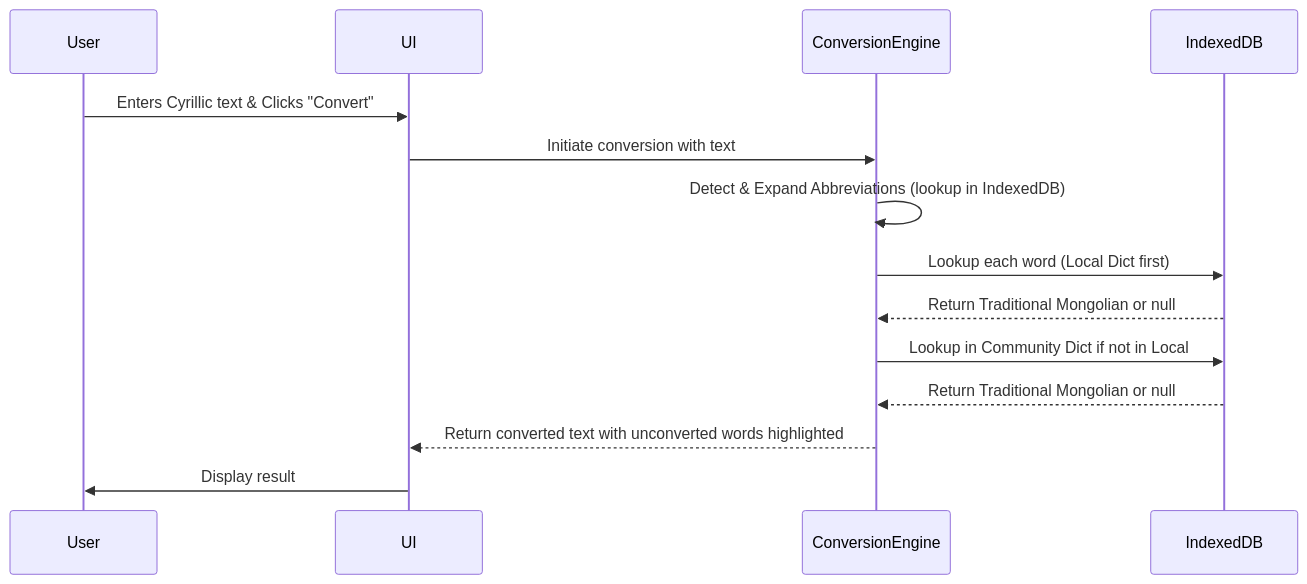
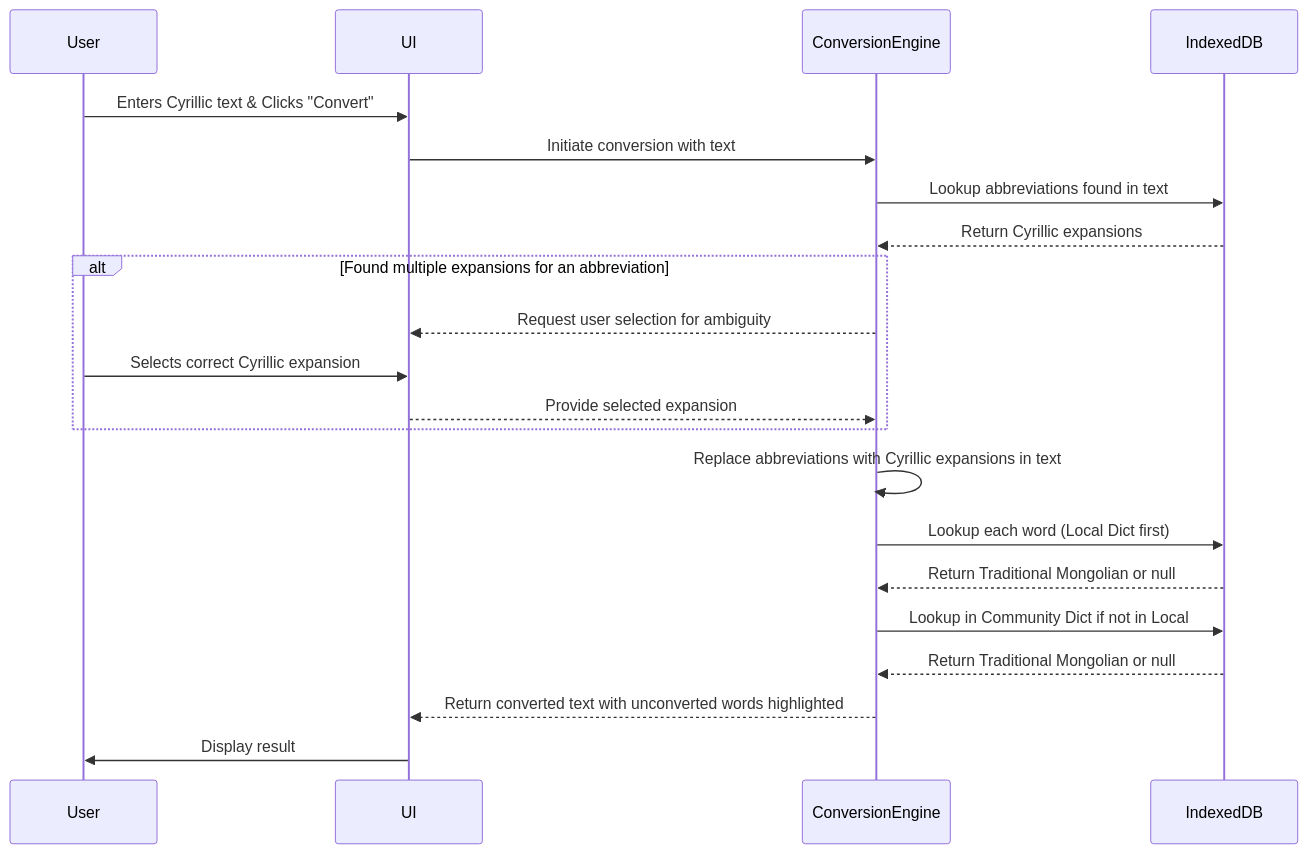
One commit to suragch/cyrillicconverter changed the second of 3 diagrams in .ai-context/01_TECHNICAL_SPEC.md. Above: the diagram before and after it, drawn with Mermaid. The commit also changed other lines of this file and 8 other files, not shown here.

````diff
--- a/.ai-context/01_TECHNICAL_SPEC.md
+++ b/.ai-context/01_TECHNICAL_SPEC.md
@@ -61,17 +61,24 @@
 ```mermaid
 sequenceDiagram
     participant User
     participant UI
     participant ConversionEngine
     participant IndexedDB
 
     User->>UI: Enters Cyrillic text & Clicks "Convert"
     UI->>ConversionEngine: Initiate conversion with text
-    ConversionEngine->>ConversionEngine: Detect & Expand Abbreviations (lookup in IndexedDB)
+    ConversionEngine->>IndexedDB: Lookup abbreviations found in text
+    IndexedDB-->>ConversionEngine: Return Cyrillic expansions
+    alt Found multiple expansions for an abbreviation
+        ConversionEngine-->>UI: Request user selection for ambiguity
+        User->>UI: Selects correct Cyrillic expansion
+        UI-->>ConversionEngine: Provide selected expansion
+    end
+    ConversionEngine->>ConversionEngine: Replace abbreviations with Cyrillic expansions in text
     ConversionEngine->>IndexedDB: Lookup each word (Local Dict first)
     IndexedDB-->>ConversionEngine: Return Traditional Mongolian or null
     ConversionEngine->>IndexedDB: Lookup in Community Dict if not in Local
     IndexedDB-->>ConversionEngine: Return Traditional Mongolian or null
     ConversionEngine-->>UI: Return converted text with unconverted words highlighted
     UI->>User: Display result
 ```
````
